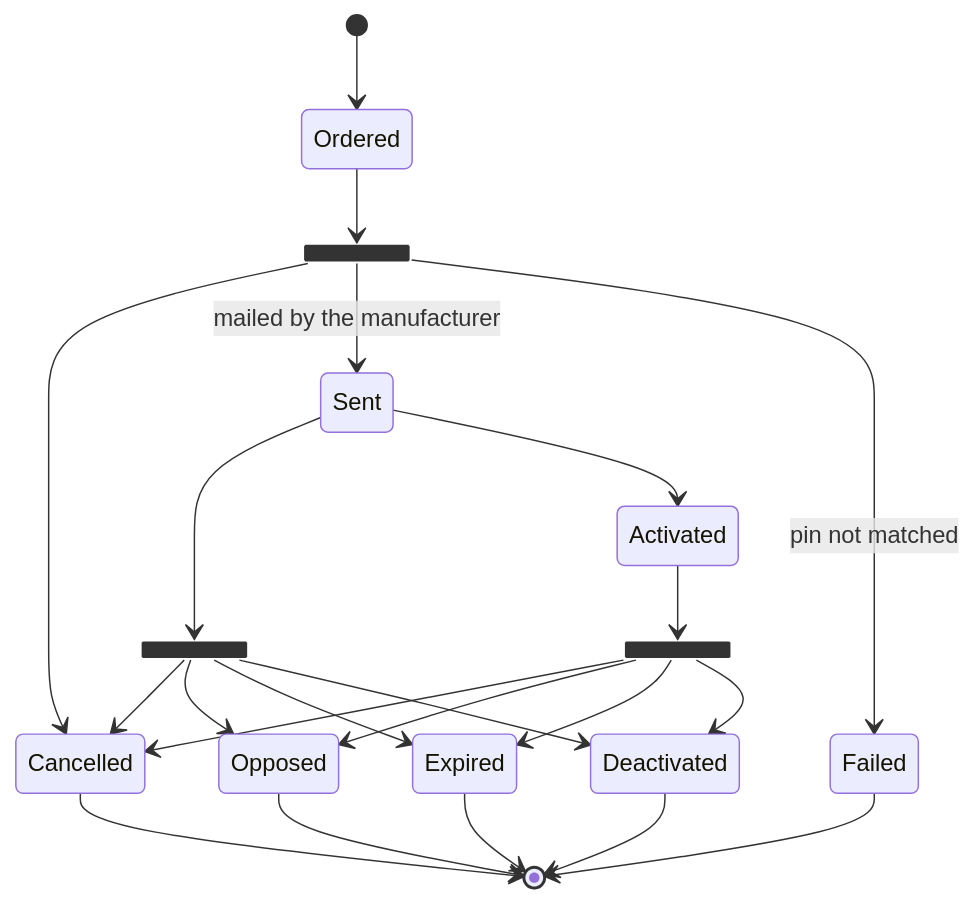
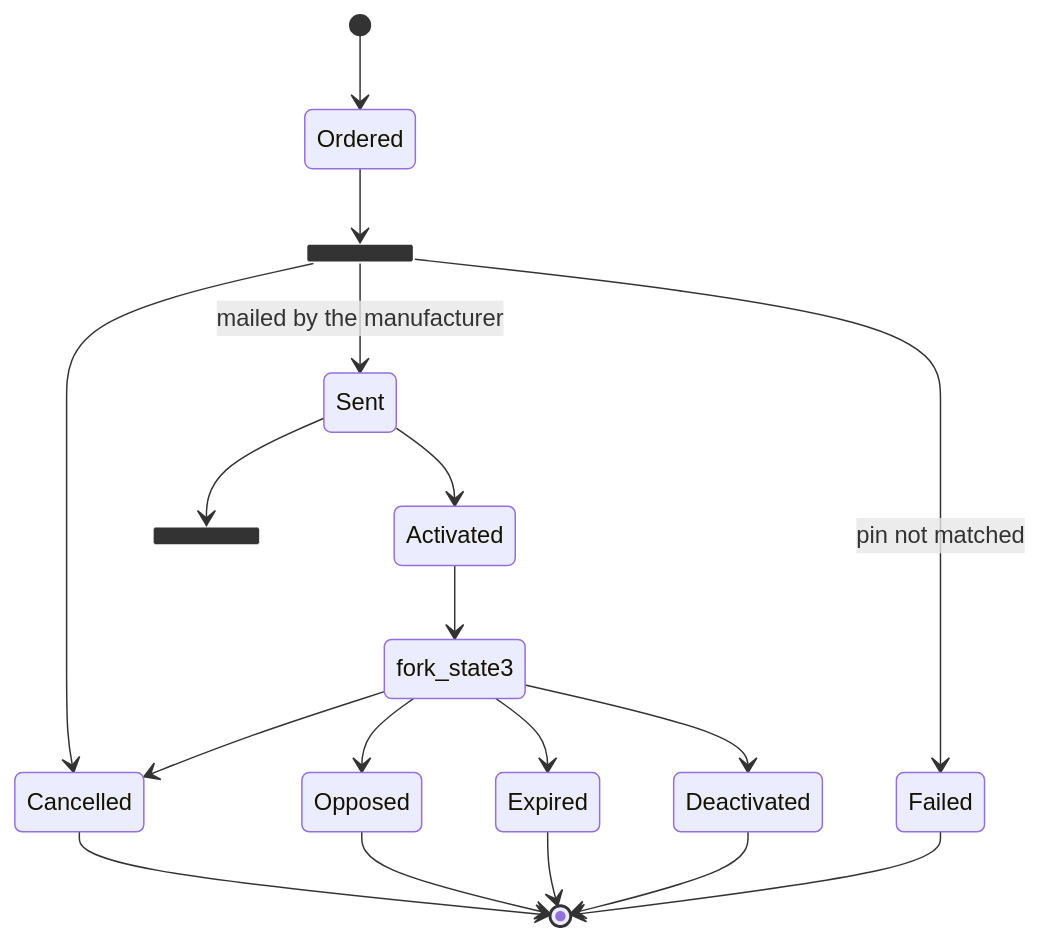
Before and after one commit to pomme-clic/s-money-documentation: the sixth of 7 diagrams in docs/usecases/cards/issuing/CardsIssuing.md, drawn with Mermaid. The commit also changed other lines of this file and 4 other files, not shown here.

````diff
--- a/docs/usecases/cards/issuing/CardsIssuing.md
+++ b/docs/usecases/cards/issuing/CardsIssuing.md
@@ -158,33 +161,33 @@
 ```mermaid
 stateDiagram
 state fork_state <<fork>>
 state fork_state2 <<fork>>
-state fork_state3 <<fork>>
+%%state fork_state3 <<fork>>
 
   [*] --> Ordered
   Ordered --> fork_state
   fork_state --> Cancelled
   fork_state --> Sent: mailed by the manufacturer
 
   
   Sent --> fork_state2
   Sent --> Activated
-  fork_state2 --> Cancelled
-  fork_state2 --> Opposed
-  fork_state2 --> Expired
-	fork_state2 --> Deactivated
+  %%fork_state2 --> Cancelled
+  %%fork_state2 --> Opposed
+  %%fork_state2 --> Expired
+	 %%fork_state2 --> Deactivated
 
   Activated --> fork_state3
   fork_state3 --> Cancelled
   fork_state3 --> Opposed
   fork_state3 --> Expired
   fork_state3 --> Deactivated
 
   fork_state --> Failed : pin not matched
 
   Expired --> [*]
 	Cancelled --> [*]
 	Opposed --> [*]
 	Failed --> [*]
 	Deactivated --> [*]
 ```
````
